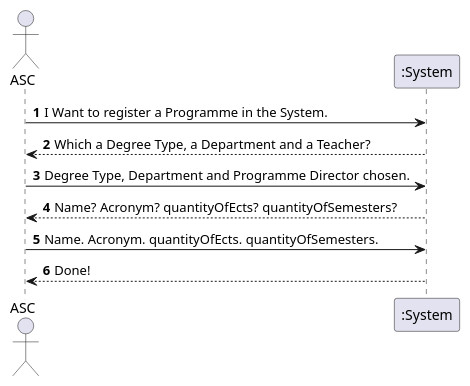
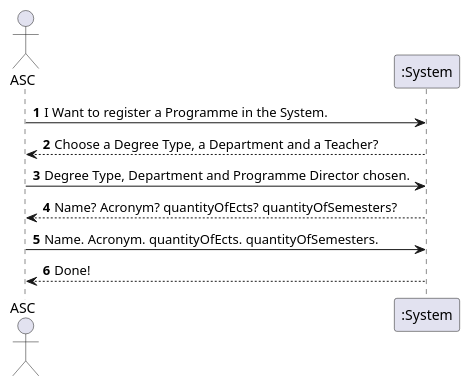
One commit to GasparISEP/DevOps-PAI changed the diagram in docs/US11/Sprint5_US11_RegisterAProgrammeInTheSystemSSD.puml. Above: the diagram before and after it, drawn with PlantUML.

Commit message:
updated US11 SSD (#346)

```diff
--- a/docs/US11/Sprint5_US11_RegisterAProgrammeInTheSystemSSD.puml
+++ b/docs/US11/Sprint5_US11_RegisterAProgrammeInTheSystemSSD.puml
@@ -1,18 +1,18 @@
 @startuml
 actor ASC as Admin
 participant ":System" as System
 autonumber
 
 Admin -> System  : I Want to register a Programme in the System.
 
-System --> Admin : Which a Degree Type, a Department and a Teacher?
+System --> Admin : Choose a Degree Type, a Department and a Teacher?
 
 Admin -> System  : Degree Type, Department and Programme Director chosen.
 
 System --> Admin  : Name? Acronym? quantityOfEcts? quantityOfSemesters?
 
 Admin -> System  : Name. Acronym. quantityOfEcts. quantityOfSemesters.
 
 System --> Admin  : Done!
 
 @enduml
```
